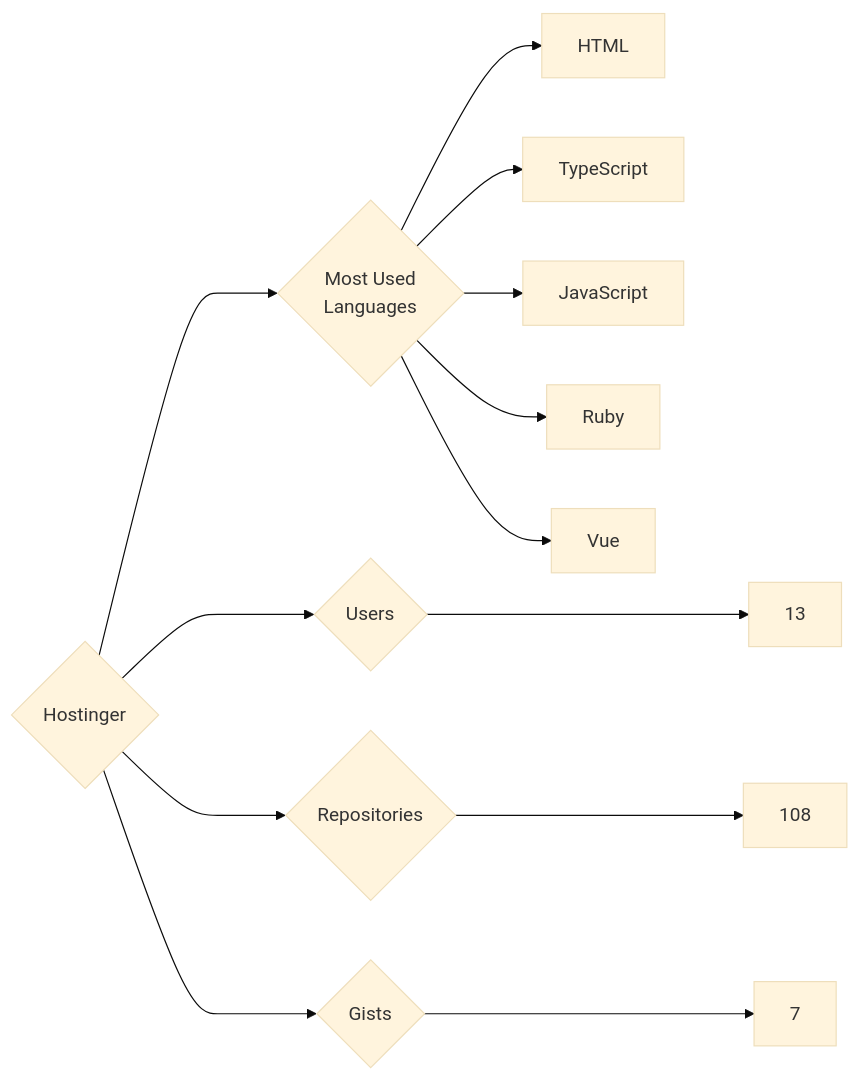
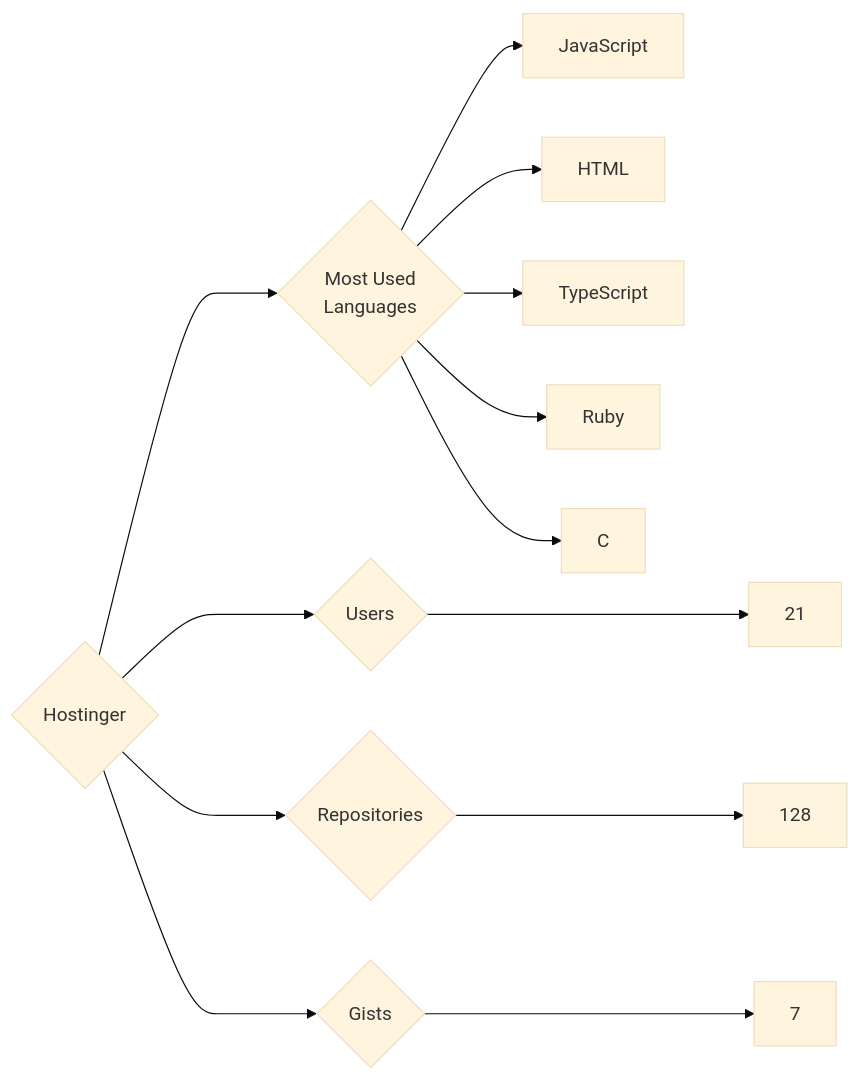
Before and after one commit to trickest/insiders: the diagram in targets/Hostinger/README.md, drawn with Mermaid (base theme). The commit also changed 786 other files, not shown here.

````diff
--- a/targets/Hostinger/README.md
+++ b/targets/Hostinger/README.md
@@ -3,13 +3,13 @@
 ```mermaid
 graph LR
 COMPANY_NAME{Hostinger}
-COMPANY_NAME ---> U{Users} ---> UN[13]
-COMPANY_NAME ---> R{Repositories} ---> RN[108]
+COMPANY_NAME ---> U{Users} ---> UN[21]
+COMPANY_NAME ---> R{Repositories} ---> RN[128]
 COMPANY_NAME ---> G{Gists} ---> GN[7]
 COMPANY_NAME ---> ML{Most Used<br>Languages}
+ML --> JavaScript[JavaScript]
 ML --> HTML[HTML]
 ML --> TypeScript[TypeScript]
-ML --> JavaScript[JavaScript]
 ML --> Ruby[Ruby]
-ML --> Vue[Vue]
+ML --> C[C]
 ```
````
